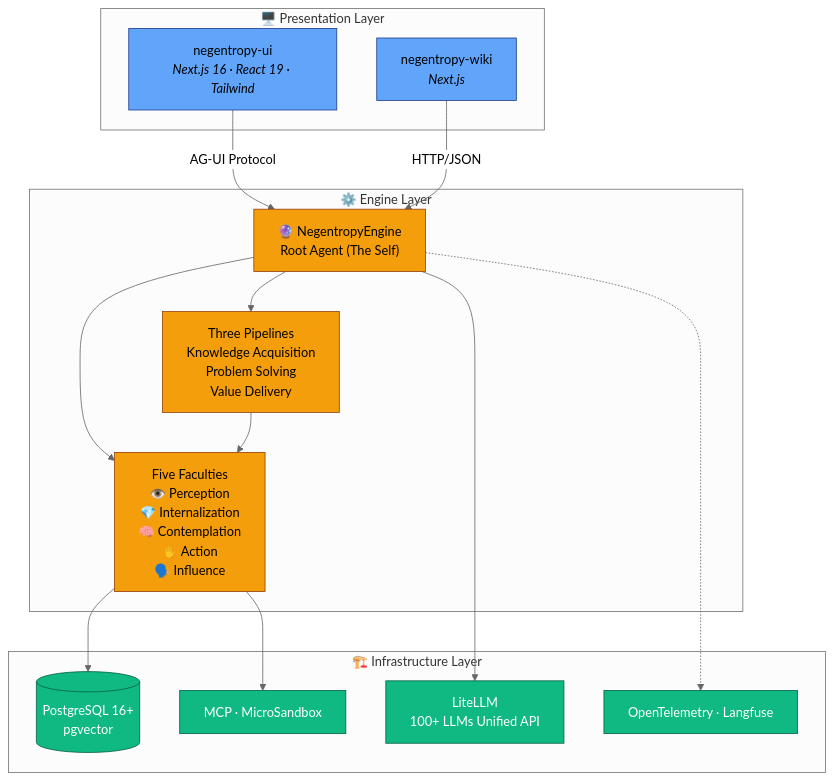
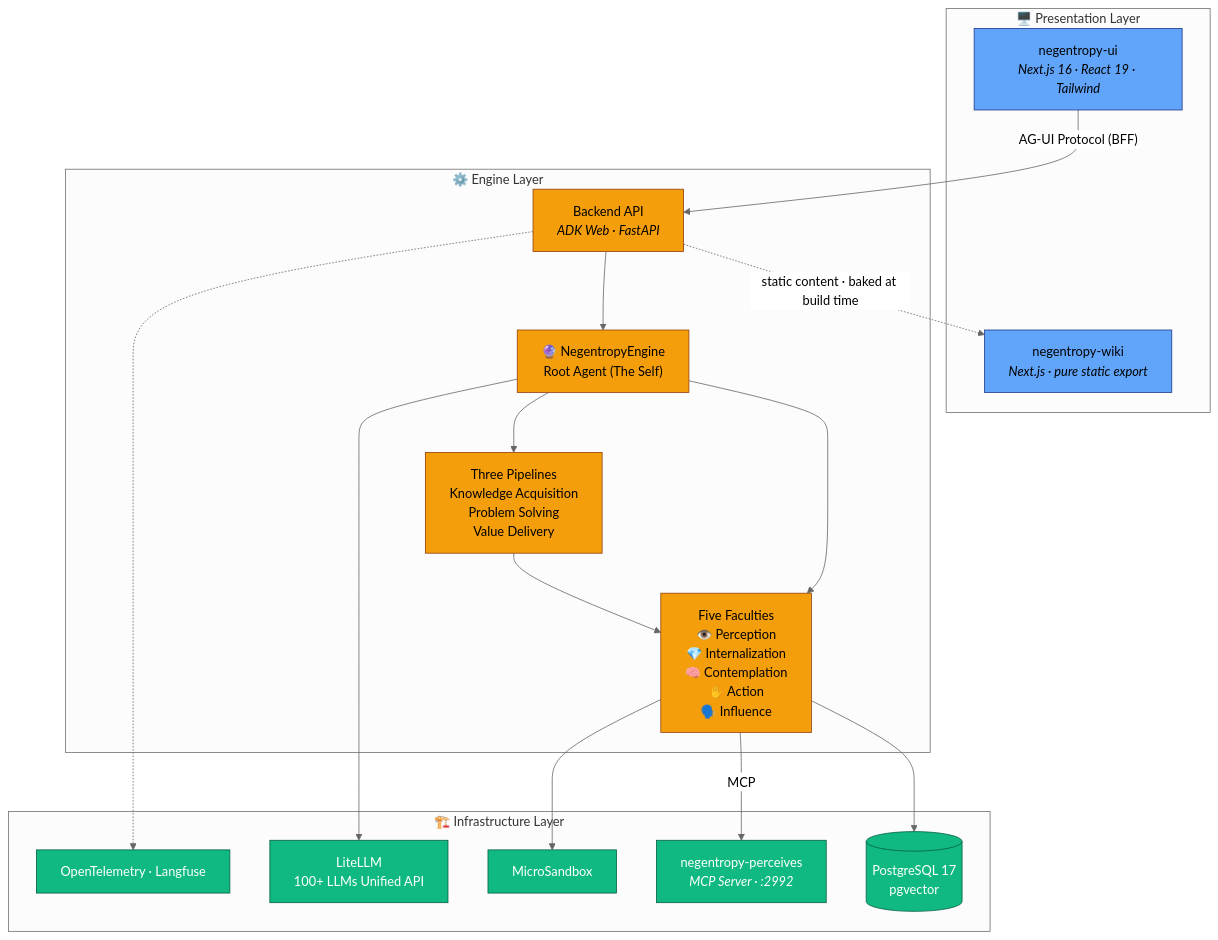
One commit to ThreeFish-AI/negentropy changed the second of 2 diagrams in README.md. Above: the diagram before and after it, drawn with Mermaid (neutral theme). The commit also changed other lines of this file and 10 other files, not shown here.

First line of the commit message:
docs(arch-diagram): 三层架构图重置校准——wiki 静态化·perceives MCP 服务·PG17·API 中继对齐实际架构，新增 archify 交互式架构图;

````diff
--- a/README.md
+++ b/README.md
@@ -171,38 +171,42 @@
 ```mermaid
 graph TB
     subgraph Presentation["🖥️ Presentation Layer"]
         UI["negentropy-ui<br/><i>Next.js 16 · React 19 · Tailwind</i>"]
-        Wiki["negentropy-wiki<br/><i>Next.js</i>"]
+        Wiki["negentropy-wiki<br/><i>Next.js · pure static export</i>"]
     end
 
     subgraph Engine["⚙️ Engine Layer"]
+        API["Backend API<br/><i>ADK Web · FastAPI</i>"]
         Root["🔮 NegentropyEngine<br/>Root Agent (The Self)"]
         Faculties["Five Faculties<br/>👁️ Perception <br> 💎 Internalization <br> 🧠 Contemplation <br> ✋ Action <br> 🗣️ Influence"]
         Pipelines["Three Pipelines<br/>Knowledge Acquisition <br> Problem Solving <br> Value Delivery"]
     end
 
     subgraph Infra["🏗️ Infrastructure Layer"]
-        DB[("PostgreSQL 16+<br/>pgvector")]
+        Perceives["negentropy-perceives<br/><i>MCP Server · :2992</i>"]
+        DB[("PostgreSQL 17<br/>pgvector")]
         LLM["LiteLLM<br/>100+ LLMs Unified API"]
         OTel["OpenTelemetry · Langfuse"]
-        Sandbox["MCP · MicroSandbox"]
+        Sandbox["MicroSandbox"]
     end
 
-    UI -->|"AG-UI Protocol"| Root
-    Wiki -->|"HTTP/JSON"| Root
+    UI -->|"AG-UI Protocol (BFF)"| API
+    API -.->|"static content · baked at build time"| Wiki
+    API --> Root
     Root --> Faculties
     Root --> Pipelines
     Pipelines --> Faculties
     Faculties --> DB
+    Faculties -->|"MCP"| Perceives
     Faculties --> Sandbox
     Root --> LLM
-    Root -.-> OTel
+    API -.-> OTel
 
     classDef pres fill:#60A5FA,stroke:#1E3A8A,color:#000
     classDef eng fill:#F59E0B,stroke:#92400E,color:#000
     classDef infra fill:#10B981,stroke:#065F46,color:#FFF
 
     class UI,Wiki pres
-    class Root,Faculties,Pipelines eng
-    class DB,LLM,OTel,Sandbox infra
+    class API,Root,Faculties,Pipelines eng
+    class Perceives,DB,LLM,OTel,Sandbox infra
 ```
````
